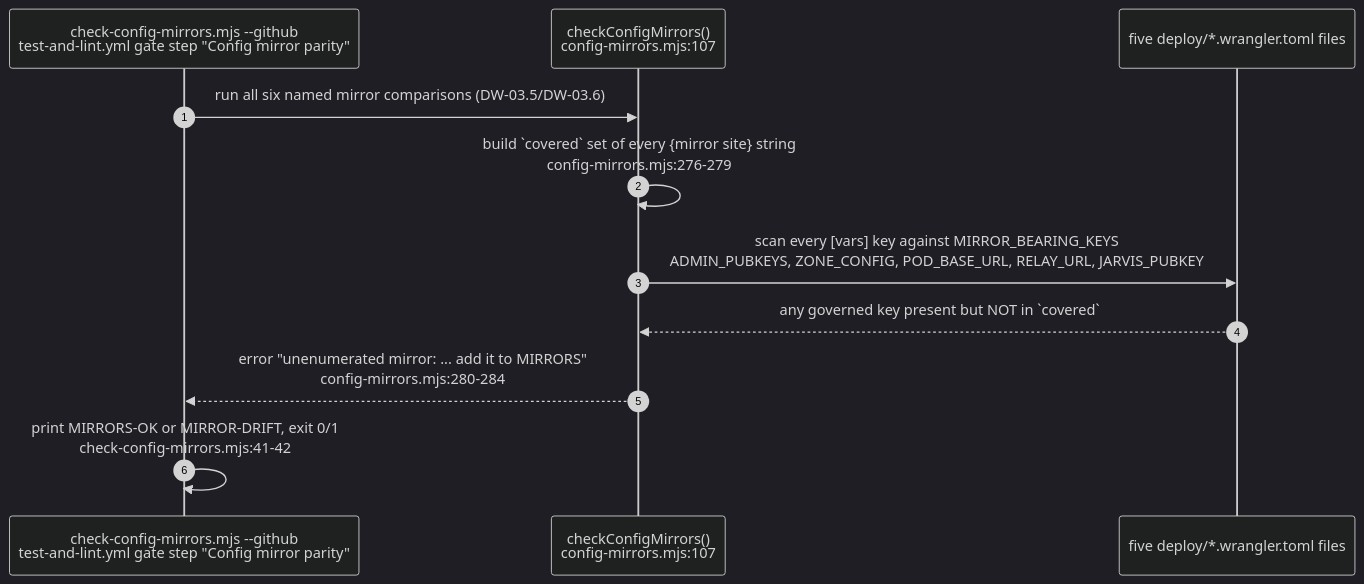
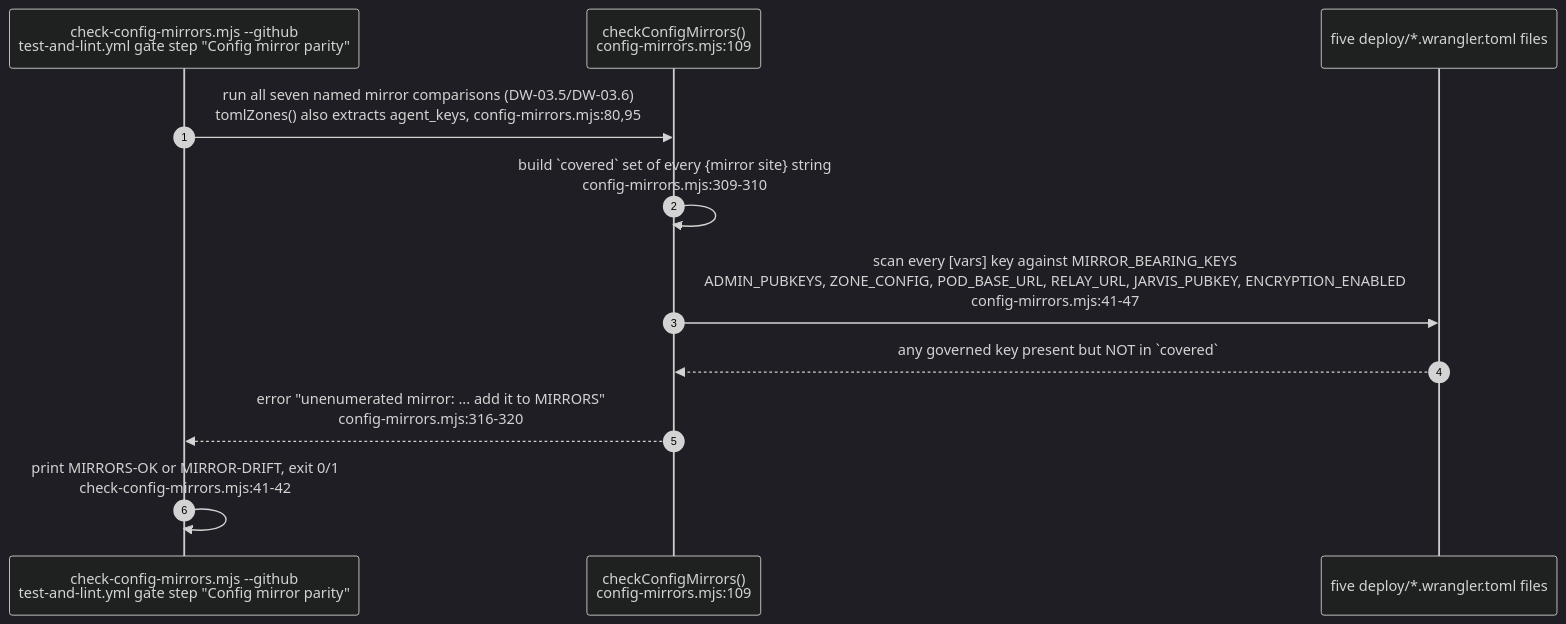
One commit to DreamLab-AI/VisionFlow changed the sixth of 10 diagrams in docs/diagrams/dreamlab-ai-website/03-forum-config-overlay-zones-admin-kv-sync.md. Above: the diagram before and after it, drawn with Mermaid (dark theme). The commit also changed other lines of this file and 136 other files, not shown here.

First line of the commit message:
docs(diagrams): refresh the whole corpus to code HEAD and prune low-value diagrams

````diff
--- a/docs/diagrams/dreamlab-ai-website/03-forum-config-overlay-zones-admin-kv-sync.md
+++ b/docs/diagrams/dreamlab-ai-website/03-forum-config-overlay-zones-admin-kv-sync.md
@@ -134,13 +132,13 @@
 ```mermaid
 sequenceDiagram
     autonumber
     participant CI as check-config-mirrors.mjs --github<br/>test-and-lint.yml gate step "Config mirror parity"
-    participant LIB as checkConfigMirrors()<br/>config-mirrors.mjs:107
+    participant LIB as checkConfigMirrors()<br/>config-mirrors.mjs:109
     participant W as five deploy/*.wrangler.toml files
-    CI->>LIB: run all six named mirror comparisons (DW-03.5/DW-03.6)
-    LIB->>LIB: build `covered` set of every {mirror site} string<br/>config-mirrors.mjs:276-279
-    LIB->>W: scan every [vars] key against MIRROR_BEARING_KEYS<br/>ADMIN_PUBKEYS, ZONE_CONFIG, POD_BASE_URL, RELAY_URL, JARVIS_PUBKEY
+    CI->>LIB: run all seven named mirror comparisons (DW-03.5/DW-03.6)<br/>tomlZones() also extracts agent_keys, config-mirrors.mjs:80,95
+    LIB->>LIB: build `covered` set of every {mirror site} string<br/>config-mirrors.mjs:309-310
+    LIB->>W: scan every [vars] key against MIRROR_BEARING_KEYS<br/>ADMIN_PUBKEYS, ZONE_CONFIG, POD_BASE_URL, RELAY_URL, JARVIS_PUBKEY, ENCRYPTION_ENABLED<br/>config-mirrors.mjs:41-47
     W-->>LIB: any governed key present but NOT in `covered`
-    LIB-->>CI: error "unenumerated mirror: ... add it to MIRRORS"<br/>config-mirrors.mjs:280-284
+    LIB-->>CI: error "unenumerated mirror: ... add it to MIRRORS"<br/>config-mirrors.mjs:316-320
     CI->>CI: print MIRRORS-OK or MIRROR-DRIFT, exit 0/1<br/>check-config-mirrors.mjs:41-42
 ```
````
